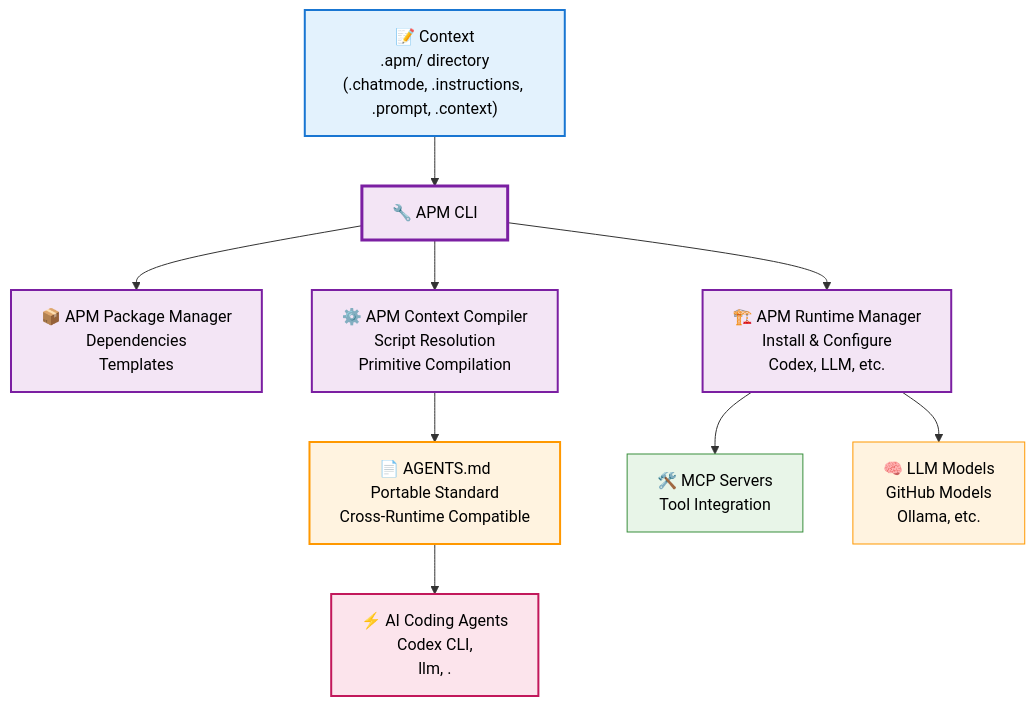
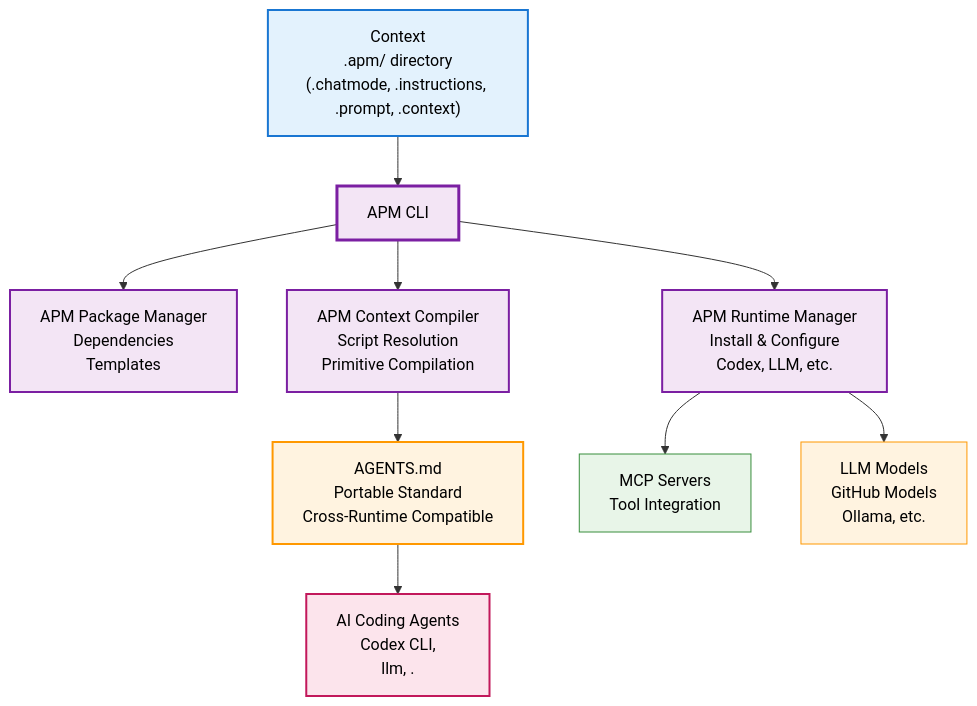
The diagram in docs/src/content/docs/introduction/how-it-works.md (danielmeppiel/apm), drawn with Mermaid before and after one commit. The commit also changed other lines of this file and 7 other files, not shown here.

````diff
--- a/docs/src/content/docs/introduction/how-it-works.md
+++ b/docs/src/content/docs/introduction/how-it-works.md
@@ -89,25 +89,25 @@
 ```mermaid
 graph TD
-    A["📝 Context<br/>.apm/ directory<br/>(.chatmode, .instructions, .prompt, .context)"] --> B["🔧 APM CLI"]
+    A["Context<br/>.apm/ directory<br/>(.chatmode, .instructions, .prompt, .context)"] --> B["APM CLI"]
     
-    B --> D["📦 APM Package Manager<br/>Dependencies<br/>Templates"]
-    B --> C["⚙️ APM Context Compiler<br/>Script Resolution<br/>Primitive Compilation"]
-    B --> E["🏗️ APM Runtime Manager<br/>Install & Configure<br/>Codex, LLM, etc."]
+    B --> D["APM Package Manager<br/>Dependencies<br/>Templates"]
+    B --> C["APM Context Compiler<br/>Script Resolution<br/>Primitive Compilation"]
+    B --> E["APM Runtime Manager<br/>Install & Configure<br/>Codex, LLM, etc."]
     
-    C --> F["📄 AGENTS.md<br/>Portable Standard<br/>Cross-Runtime Compatible"]
+    C --> F["AGENTS.md<br/>Portable Standard<br/>Cross-Runtime Compatible"]
     
-    F --> G["⚡ AI Coding Agents<br/>Codex CLI, <br/>llm, ."]
+    F --> G["AI Coding Agents<br/>Codex CLI, <br/>llm, ."]
     
-    E --> H["🛠️ MCP Servers<br/>Tool Integration"]
-    E --> I["🧠 LLM Models<br/>GitHub Models<br/>Ollama, etc."]
+    E --> H["MCP Servers<br/>Tool Integration"]
+    E --> I["LLM Models<br/>GitHub Models<br/>Ollama, etc."]
     
     style A fill:#e3f2fd,stroke:#1976d2,stroke-width:2px,color:#000
     style B fill:#f3e5f5,stroke:#7b1fa2,stroke-width:3px,color:#000
     style C fill:#f3e5f5,stroke:#7b1fa2,stroke-width:2px,color:#000
     style D fill:#f3e5f5,stroke:#7b1fa2,stroke-width:2px,color:#000
     style E fill:#f3e5f5,stroke:#7b1fa2,stroke-width:2px,color:#000
     style F fill:#fff3e0,stroke:#ff9800,stroke-width:2px,color:#000
     style G fill:#fce4ec,stroke:#c2185b,stroke-width:2px,color:#000
     style H fill:#e8f5e8,stroke:#388e3c,stroke-width:1px,color:#000
     style I fill:#fff3e0,stroke:#ff9800,stroke-width:1px,color:#000
 ```
````
